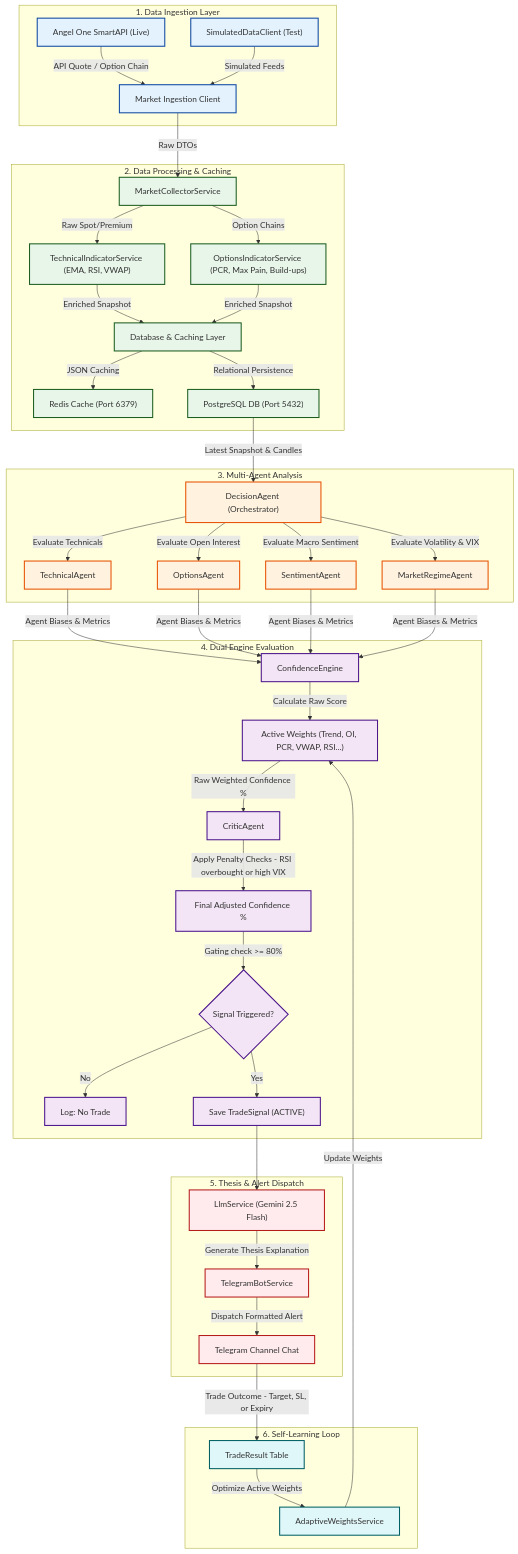
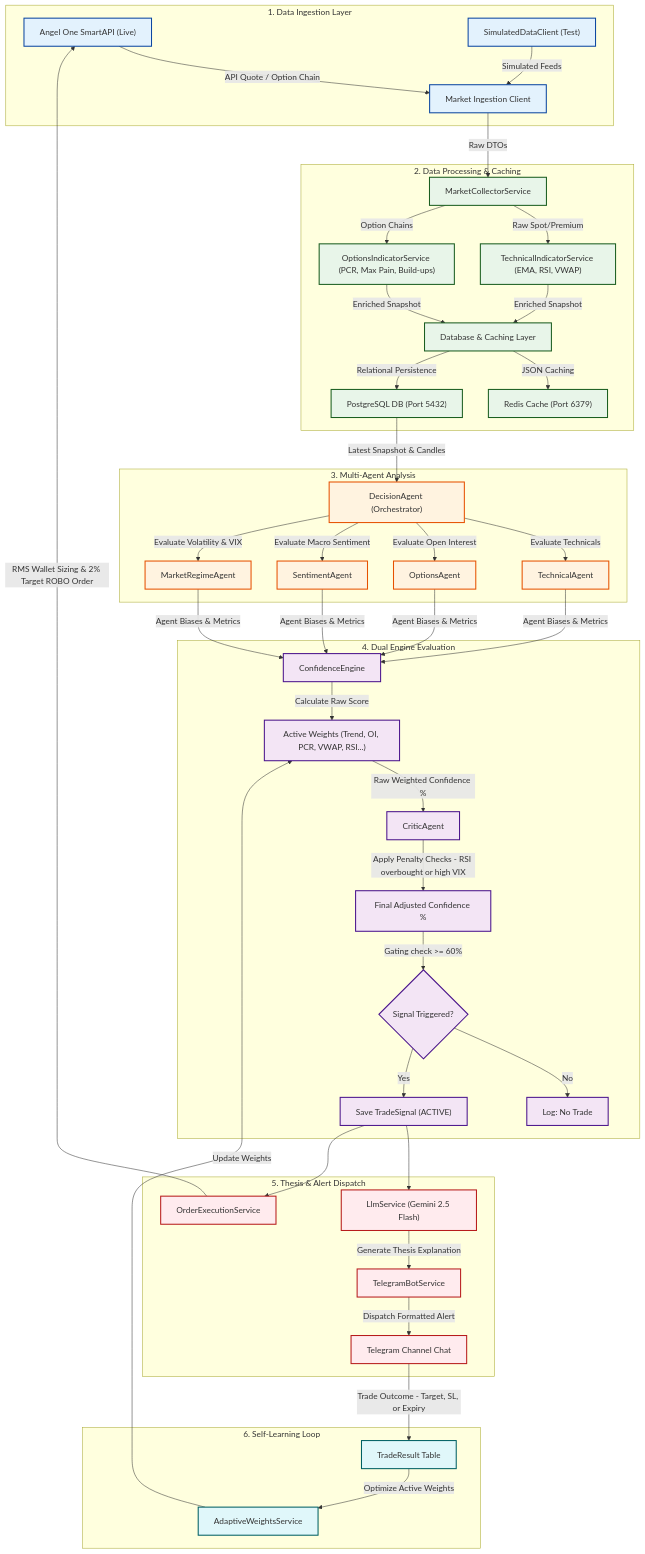
Before and after one commit to AutomationProjectQA/nifty-analysis-engine: the diagram in architecture_diagram.md, drawn with Mermaid. The commit also changed 9 other files, not shown here.

Commit message:
feat: implement automated OrderExecutionService and add OI resistance wall detection to CriticAgent

````diff
--- a/architecture_diagram.md
+++ b/architecture_diagram.md
@@ -5,67 +5,69 @@
 ```mermaid
 graph TD
     %% 1. Ingestion Layer
     subgraph Ingestion ["1. Data Ingestion Layer"]
         A1["Angel One SmartAPI (Live)"] -->|API Quote / Option Chain| B["Market Ingestion Client"]
         A2["SimulatedDataClient (Test)"] -->|Simulated Feeds| B
     end
 
     %% 2. Processing & Caching Layer
     subgraph IngestionService ["2. Data Processing & Caching"]
         B -->|Raw DTOs| C["MarketCollectorService"]
         C -->|Raw Spot/Premium| D["TechnicalIndicatorService (EMA, RSI, VWAP)"]
         C -->|Option Chains| E["OptionsIndicatorService (PCR, Max Pain, Build-ups)"]
         D & E -->|Enriched Snapshot| F["Database & Caching Layer"]
         F -->|JSON Caching| G["Redis Cache (Port 6379)"]
         F -->|Relational Persistence| H["PostgreSQL DB (Port 5432)"]
     end
 
     %% 3. Analytical Agent Layer
     subgraph AgentLayer ["3. Multi-Agent Analysis"]
         H -->|Latest Snapshot & Candles| I["DecisionAgent (Orchestrator)"]
         I -->|Evaluate Technicals| J["TechnicalAgent"]
         I -->|Evaluate Open Interest| K["OptionsAgent"]
         I -->|Evaluate Macro Sentiment| L["SentimentAgent"]
         I -->|Evaluate Volatility & VIX| M["MarketRegimeAgent"]
     end
 
     %% 4. Scoring & Gating Engines
     subgraph ScoringEngine ["4. Dual Engine Evaluation"]
         J & K & L & M -->|Agent Biases & Metrics| N["ConfidenceEngine"]
         N -->|Calculate Raw Score| O["Active Weights (Trend, OI, PCR, VWAP, RSI...)"]
         O -->|Raw Weighted Confidence %| P["CriticAgent"]
         P -->|Apply Penalty Checks - RSI overbought or high VIX| Q["Final Adjusted Confidence %"]
-        Q -->|Gating check >= 80%| R{"Signal Triggered?"}
+        Q -->|Gating check >= 60%| R{"Signal Triggered?"}
         R -->|No| S["Log: No Trade"]
         R -->|Yes| T["Save TradeSignal (ACTIVE)"]
     end
 
     %% 5. Thesis & Notification Layer
     subgraph AlertLayer ["5. Thesis & Alert Dispatch"]
         T --> U["LlmService (Gemini 2.5 Flash)"]
         U -->|Generate Thesis Explanation| V["TelegramBotService"]
         V -->|Dispatch Formatted Alert| W["Telegram Channel Chat"]
+        T --> AE["OrderExecutionService"]
+        AE -->|RMS Wallet Sizing & 2% Target ROBO Order| A1
     end
 
     %% 6. Feedback & Self-Learning
     subgraph FeedbackLayer ["6. Self-Learning Loop"]
         W -->|Trade Outcome - Target, SL, or Expiry| X["TradeResult Table"]
         X -->|Optimize Active Weights| Y["AdaptiveWeightsService"]
         Y -->|Update Weights| O
     end
 
     %% Styling
     classDef ingestion fill:#e3f2fd,stroke:#0d47a1,stroke-width:2px;
     classDef processing fill:#e8f5e9,stroke:#1b5e20,stroke-width:2px;
     classDef agents fill:#fff3e0,stroke:#e65100,stroke-width:2px;
     classDef scoring fill:#f3e5f5,stroke:#4a148c,stroke-width:2px;
     classDef alert fill:#ffebee,stroke:#b71c1c,stroke-width:2px;
     classDef feedback fill:#e0f7fa,stroke:#006064,stroke-width:2px;
 
     class A1,A2,B ingestion;
     class C,D,E,F,G,H processing;
     class I,J,K,L,M agents;
     class N,O,P,Q,R,S,T scoring;
-    class U,V,W alert;
+    class U,V,W,AE alert;
     class X,Y feedback;
 ```
````
